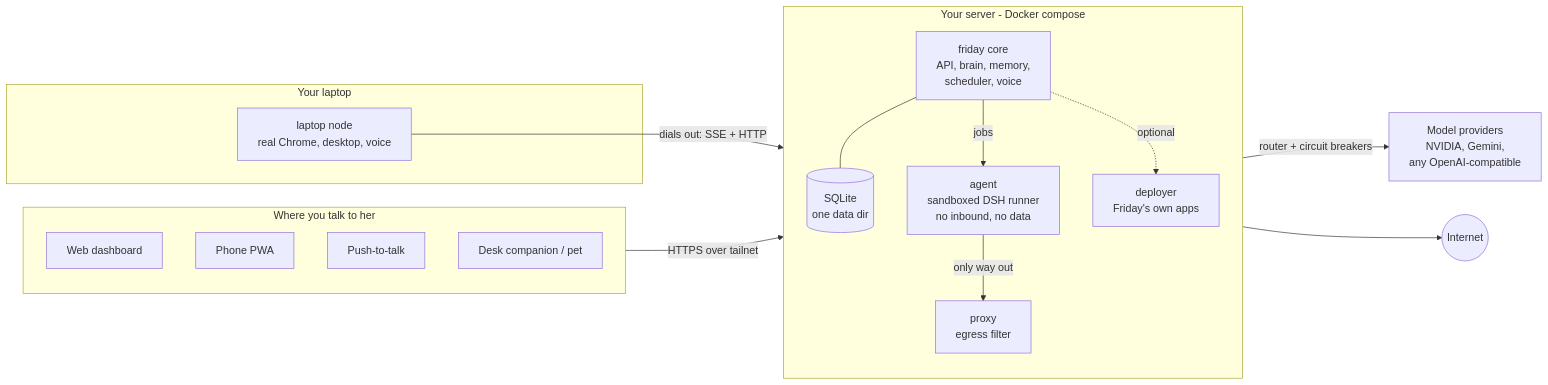
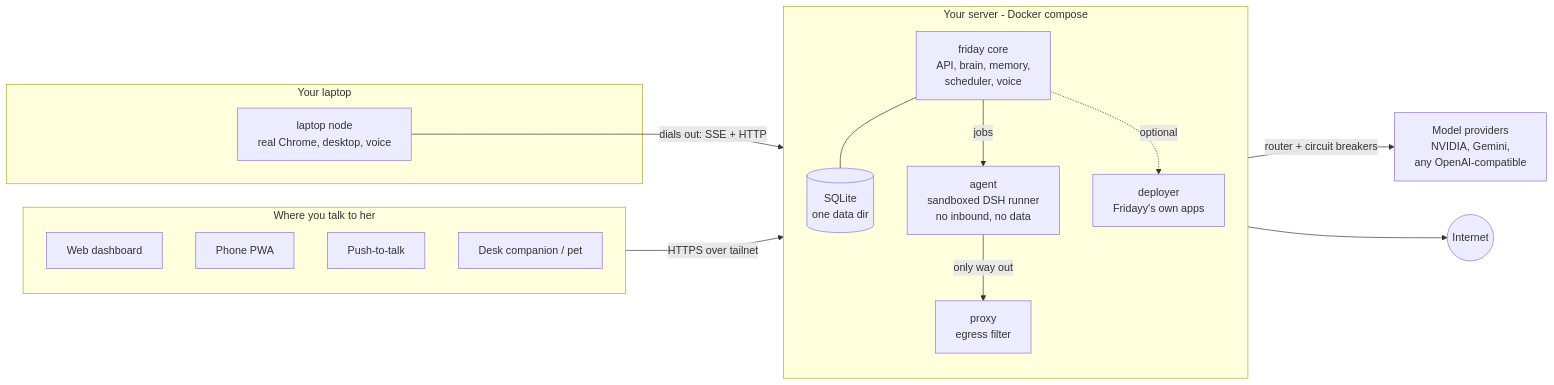
One commit to atharvb7/friday changed the first of 2 diagrams in README.md. Above: the diagram before and after it, drawn with Mermaid. The commit also changed other lines of this file and 186 other files, not shown here.

Commit message:
Rename the assistant's visible name from Friday to Fridayy (also includes: Open source issues: standard repro steps and an honest issue disclosure)

````diff
--- a/README.md
+++ b/README.md
@@ -176,34 +176,34 @@
 ```mermaid
 flowchart LR
   subgraph clients [Where you talk to her]
     web[Web dashboard]
     pwa[Phone PWA]
     ptt[Push-to-talk]
     pet[Desk companion / pet]
   end
 
   subgraph server [Your server - Docker compose]
     direction TB
     core[friday core<br/>API, brain, memory,<br/>scheduler, voice]
     db[(SQLite<br/>one data dir)]
     agent[agent<br/>sandboxed DSH runner<br/>no inbound, no data]
     proxy[proxy<br/>egress filter]
-    deployer[deployer<br/>Friday's own apps]
+    deployer[deployer<br/>Fridayy's own apps]
     core --- db
     core -->|jobs| agent
     agent -->|only way out| proxy
     core -.->|optional| deployer
   end
 
   subgraph laptop [Your laptop]
     node[laptop node<br/>real Chrome, desktop, voice]
   end
 
   models[Model providers<br/>NVIDIA, Gemini,<br/>any OpenAI-compatible]
   internet((Internet))
 
   clients -->|HTTPS over tailnet| core
   node -->|dials out: SSE + HTTP| core
   core -->|router + circuit breakers| models
   proxy --> internet
 ```
````
